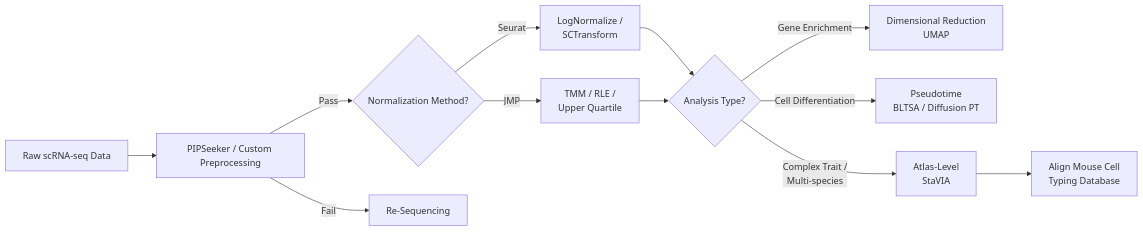
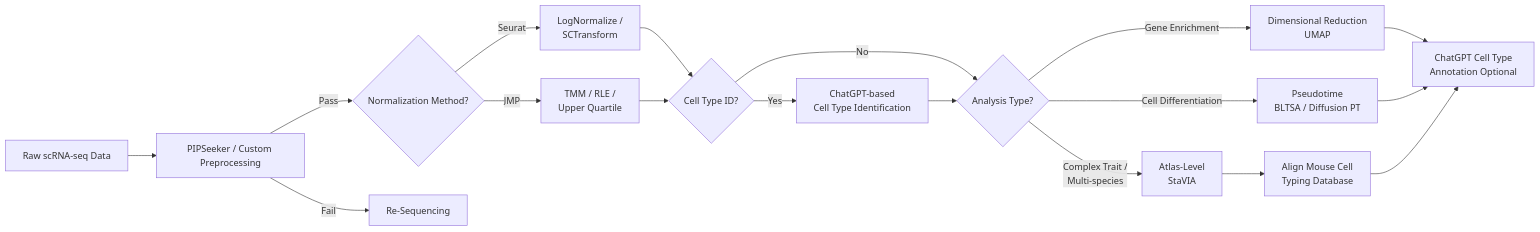
The diagram in README.md (pgrady1322/scRN_AI), drawn with Mermaid before and after one commit. The commit also changed other lines of this file, not shown here.

Commit message:
Enhance README with ChatGPT integration for cell type identification and clarify workflow steps

````diff
--- a/README.md
+++ b/README.md
@@ -10,14 +10,20 @@
 ```mermaid
 flowchart LR
     A[Raw scRNA-seq Data] --> B[PIPSeeker / Custom Preprocessing]
     B -- Pass --> C{Normalization Method?}
     B -- Fail --> D[Re-Sequencing]
     C -- Seurat --> E[LogNormalize /<br/>SCTransform]
     C -- JMP --> F[TMM / RLE /<br/>Upper Quartile]
-    E --> G{Analysis Type?}
+    E --> G{Cell Type ID?}
     F --> G
-    G -- Gene Enrichment --> H[Dimensional Reduction<br/>UMAP]
-    G -- Cell Differentiation --> I[Pseudotime<br/>BLTSA / Diffusion PT]
-    G -- Complex Trait /<br/>Multi-species --> J[Atlas-Level<br/>StaVIA]
-    J --> K[Align Mouse Cell<br/>Typing Database]
+    G -- Yes --> H[ChatGPT-based<br/>Cell Type Identification]
+    G -- No --> I{Analysis Type?}
+    H --> I
+    I -- Gene Enrichment --> J[Dimensional Reduction<br/>UMAP]
+    I -- Cell Differentiation --> K[Pseudotime<br/>BLTSA / Diffusion PT]
+    I -- Complex Trait /<br/>Multi-species --> L[Atlas-Level<br/>StaVIA]
+    J --> M[ChatGPT Cell Type<br/>Annotation Optional]
+    K --> M
+    L --> N[Align Mouse Cell<br/>Typing Database]
+    N --> M
 ```
````
